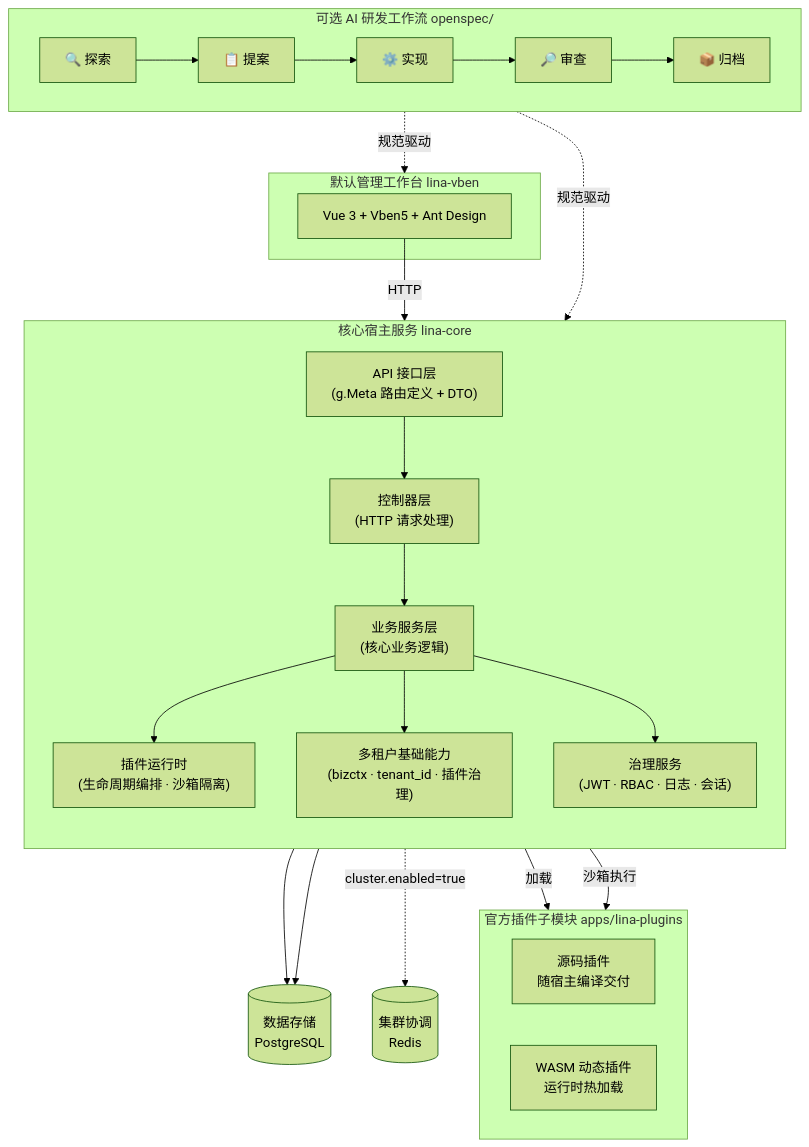
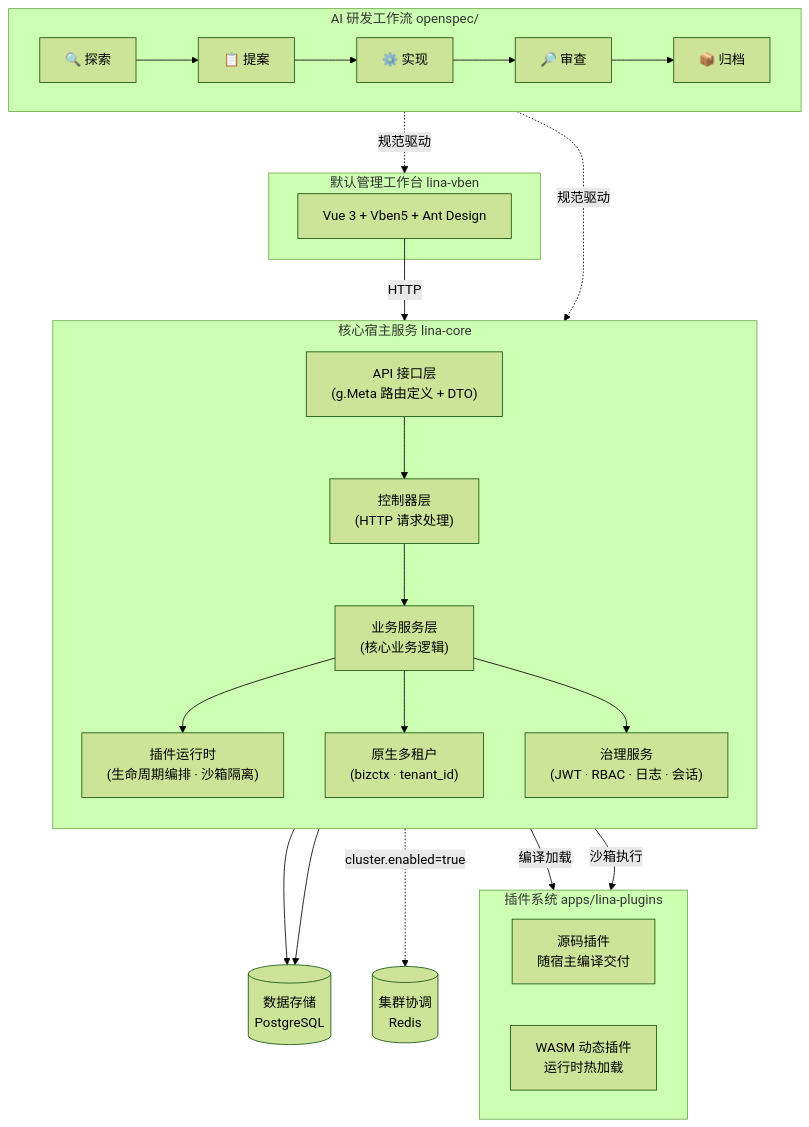
Before and after one commit to linaproai/linapro-site: the diagram in apps/lina-site/docs/quick/1000-overview.md, drawn with Mermaid (forest theme). The commit also changed other lines of this file and 2 other files, not shown here.

First line of the commit message:
docs(lina-site): update overview diagram labels and bump Go version to 1.25+

````diff
--- a/apps/lina-site/docs/quick/1000-overview.md
+++ b/apps/lina-site/docs/quick/1000-overview.md
@@ -81,43 +81,43 @@
 ```mermaid
 graph TB
-    subgraph Workflow["可选 AI 研发工作流  openspec/"]
+    subgraph Workflow["AI 研发工作流  openspec/"]
         direction LR
         Explore["🔍 探索"] --> Propose["📋 提案"] --> Implement["⚙️ 实现"] --> Review["🔎 审查"] --> Archive["📦 归档"]
     end
 
     subgraph Frontend["默认管理工作台  lina-vben"]
         UI["Vue 3 + Vben5 + Ant Design"]
     end
 
     subgraph Host["核心宿主服务  lina-core"]
         direction TB
         API["API 接口层\n(g.Meta 路由定义 + DTO)"]
         Ctrl["控制器层\n(HTTP 请求处理)"]
         Svc["业务服务层\n(核心业务逻辑)"]
         Plugin["插件运行时\n(生命周期编排 · 沙箱隔离)"]
-        Tenant["多租户基础能力\n(bizctx · tenant_id · 插件治理)"]
+        Tenant["原生多租户\n(bizctx · tenant_id)"]
         Gov["治理服务\n(JWT · RBAC · 日志 · 会话)"]
         API --> Ctrl --> Svc
         Svc --> Plugin
         Svc --> Tenant
         Svc --> Gov
     end
 
-    subgraph Plugins["官方插件子模块  apps/lina-plugins"]
+    subgraph Plugins["插件系统  apps/lina-plugins"]
         direction LR
         Source["源码插件\n随宿主编译交付"]
         Dynamic["WASM 动态插件\n运行时热加载"]
     end
 
     DB[("数据存储\nPostgreSQL")]
     Redis[("集群协调\nRedis")]
 
     Workflow -.->|规范驱动| Frontend
     Workflow -.->|规范驱动| Host
     UI -->|HTTP| API
-    Plugin -->|加载| Source
+    Plugin -->|编译加载| Source
     Plugin -->|沙箱执行| Dynamic
     Svc --> DB
     Gov --> DB
     Svc -.->|cluster.enabled=true| Redis
 ```
````
